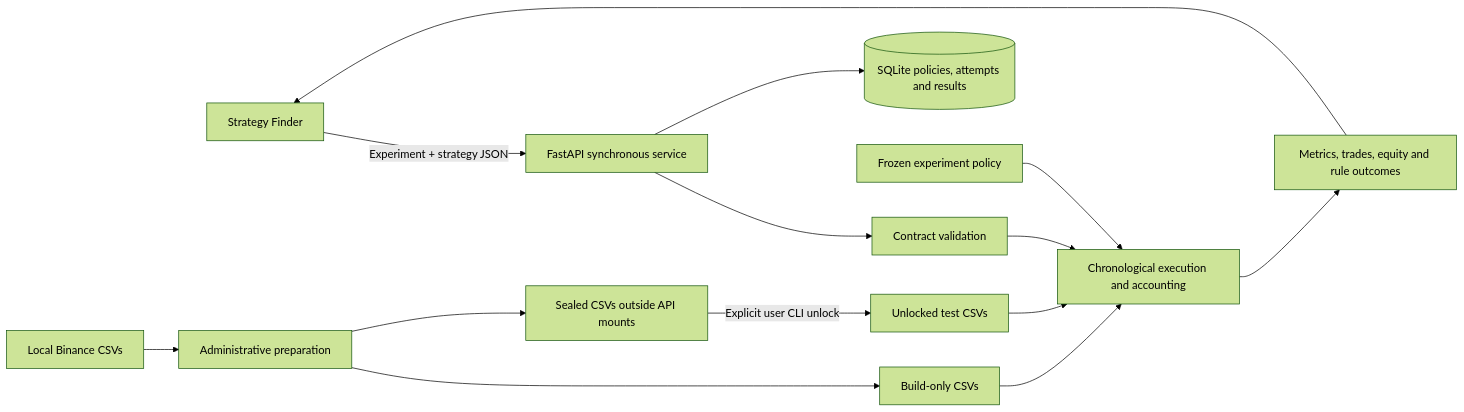
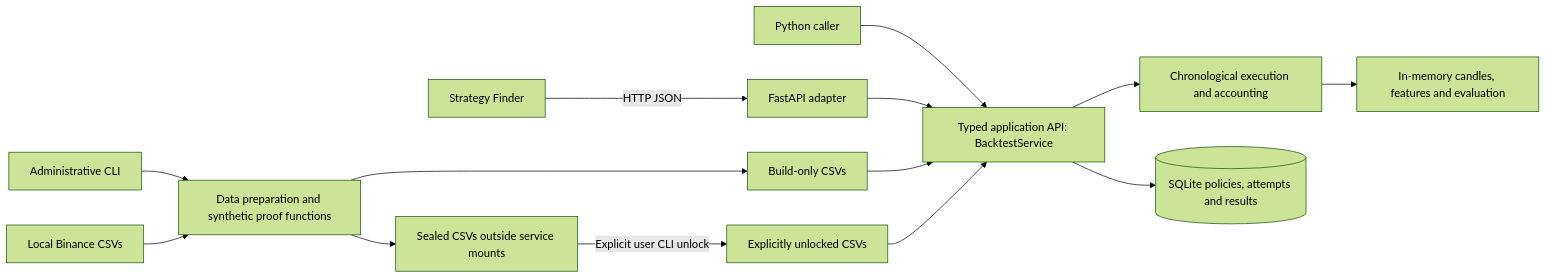
The diagram in README.md (And-monteiro/am-backtesting-engine), drawn with Mermaid (forest theme) before and after one commit. The commit also changed other lines of this file and 13 other files, not shown here.

Commit message:
Expose typed Python application API behind the FastAPI adapter

````diff
--- a/README.md
+++ b/README.md
@@ -7,16 +7,16 @@
 ```mermaid
 flowchart LR
-    S[Strategy Finder] -->|Experiment + strategy JSON| A[FastAPI synchronous service]
-    A --> V[Contract validation]
-    V --> E[Chronological execution and accounting]
-    B[Build-only CSVs] --> E
-    P[Frozen experiment policy] --> E
-    E --> R[Metrics, trades, equity and rule outcomes]
-    R --> S
-    A --> DB[(SQLite policies, attempts and results)]
-    RAW[Local Binance CSVs] --> PREP[Administrative preparation]
-    PREP --> B
-    PREP --> SEALED[Sealed CSVs outside API mounts]
-    SEALED -->|Explicit user CLI unlock| U[Unlocked test CSVs]
-    U --> E
+    S[Strategy Finder] -->|HTTP JSON| A[FastAPI adapter]
+    PY[Python caller] --> L[Typed application API: BacktestService]
+    A --> L
+    L --> E[Chronological execution and accounting]
+    E --> D[In-memory candles, features and evaluation]
+    L --> DB[(SQLite policies, attempts and results)]
+    B[Build-only CSVs] --> L
+    U[Explicitly unlocked CSVs] --> L
+    CLI[Administrative CLI] --> ADMIN[Data preparation and synthetic proof functions]
+    RAW[Local Binance CSVs] --> ADMIN
+    ADMIN --> B
+    ADMIN --> SEALED[Sealed CSVs outside service mounts]
+    SEALED -->|Explicit user CLI unlock| U
 ```
````
